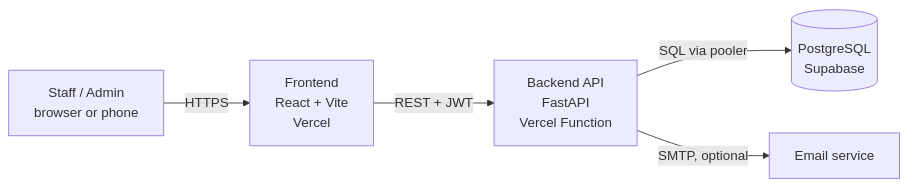
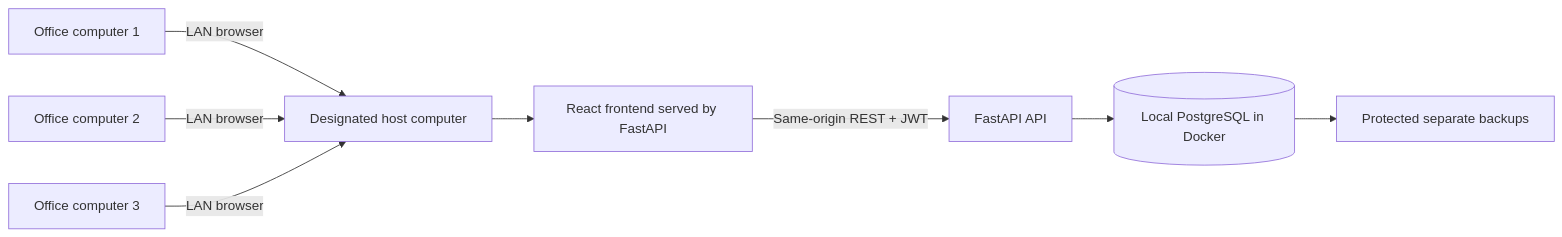
The diagram in docs/Complete-Tech-Stacks.md (ItzVickyyy/Brgy.-Mayondon-LGU), drawn with Mermaid before and after one commit. The commit also changed other lines of this file, not shown here.

Commit message:
docs: align architecture notes with offline LAN deployment path

````diff
--- a/docs/Complete-Tech-Stacks.md
+++ b/docs/Complete-Tech-Stacks.md
@@ -9,7 +9,10 @@
 ```mermaid
 flowchart LR
-    U[Staff / Admin<br/>browser or phone] -->|HTTPS| F[Frontend<br/>React + Vite<br/>Vercel]
-    F -->|REST + JWT| B[Backend API<br/>FastAPI<br/>Vercel Function]
-    B -->|SQL via pooler| D[(PostgreSQL<br/>Supabase)]
-    B -->|SMTP, optional| M[Email service]
+    U1[Office computer 1] -->|LAN browser| H[Designated host computer]
+    U2[Office computer 2] -->|LAN browser| H
+    U3[Office computer 3] -->|LAN browser| H
+    H --> F[React frontend served by FastAPI]
+    F -->|Same-origin REST + JWT| B[FastAPI API]
+    B --> D[(Local PostgreSQL in Docker)]
+    D --> BK[Protected separate backups]
 ```
````
